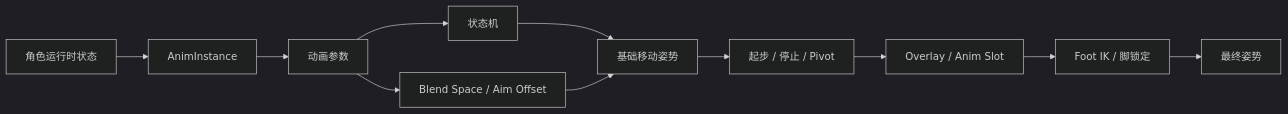
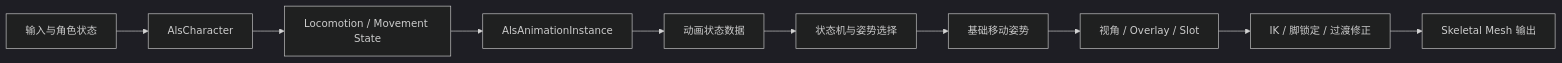
Before and after one commit to Courtshipfy/Animation-Notes: the diagram in ALS/01-整体架构.md, drawn with Mermaid (dark theme). The commit also changed other lines of this file and 1 other file, not shown here.

Commit message:
Expand ALS architecture and animation data flow documentation

````diff
--- a/ALS/01-整体架构.md
+++ b/ALS/01-整体架构.md
@@ -7,13 +11,12 @@
 ```mermaid
 flowchart LR
-    A[角色运行时状态] --> B[AnimInstance]
-    B --> C[动画参数]
-    C --> D[状态机]
-    C --> E[Blend Space / Aim Offset]
-    D --> F[基础移动姿势]
-    E --> F
-    F --> G[起步 / 停止 / Pivot]
-    G --> H[Overlay / Anim Slot]
-    H --> I[Foot IK / 脚锁定]
-    I --> J[最终姿势]
+    A[输入与角色状态] --> B[AlsCharacter]
+    B --> C[Locomotion / Movement State]
+    C --> D[AlsAnimationInstance]
+    D --> E[动画状态数据]
+    E --> F[状态机与姿势选择]
+    F --> G[基础移动姿势]
+    G --> H[视角 / Overlay / Slot]
+    H --> I[IK / 脚锁定 / 过渡修正]
+    I --> J[Skeletal Mesh 输出]
 ```
````
